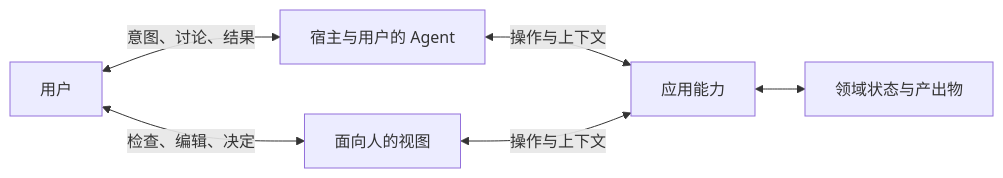
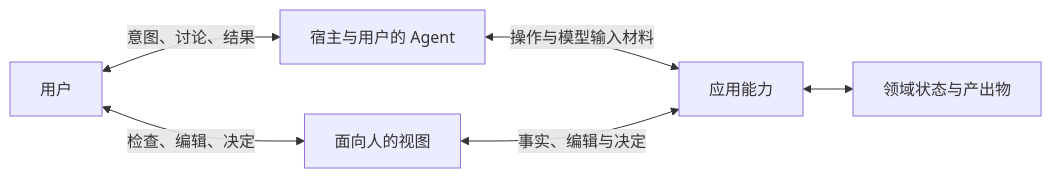
One commit to suraciii/agent-native-manifesto changed the diagram in zh-CN/docs/foundations.md. Above: the diagram before and after it, drawn with Mermaid. The commit also changed other lines of this file and 21 other files, not shown here.

````diff
--- a/zh-CN/docs/foundations.md
+++ b/zh-CN/docs/foundations.md
@@ -69,8 +51,8 @@
 ```mermaid
 flowchart LR
     P[用户] <-->|意图、讨论、结果| H[宿主与用户的 Agent]
     P <-->|检查、编辑、决定| V[面向人的视图]
-    H <-->|操作与上下文| A[应用能力]
-    V <-->|操作与上下文| A
+    H <-->|操作与模型输入材料| A[应用能力]
+    V <-->|事实、编辑与决定| A
     A <--> S[领域状态与产出物]
 ```
````
